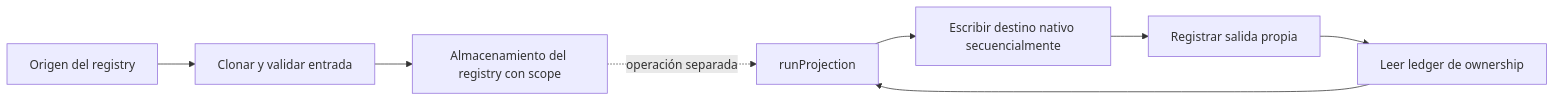
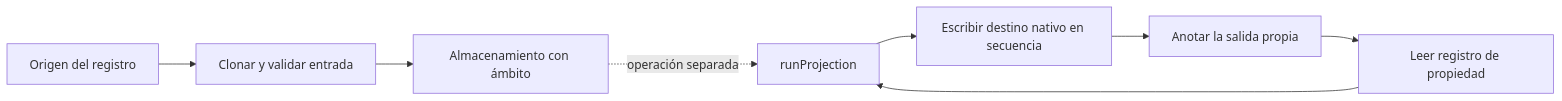
The second of 2 diagrams in docs-site/i18n/es/docusaurus-plugin-content-docs/current/explanation/architecture.md (SKANL/brambo), drawn with Mermaid before and after one commit. The commit also changed other lines of this file and 15 other files, not shown here.

````diff
--- a/docs-site/i18n/es/docusaurus-plugin-content-docs/current/explanation/architecture.md
+++ b/docs-site/i18n/es/docusaurus-plugin-content-docs/current/explanation/architecture.md
@@ -76,12 +75,12 @@
 ```mermaid
 flowchart LR
-  accTitle: Ingesta del registry y proyección
-  accDescr: Un origen del registry aporta una entrada clonada y validada al almacenamiento con scope. Una operación de proyección separada lee esa entrada y el ledger de ownership, escribe un destino nativo y registra el resultado propio en el ledger.
-  Origin[Origen del registry] --> Validate[Clonar y validar entrada]
-  Validate --> Scope[Almacenamiento del registry con scope]
+  accTitle: Ingesta y proyección del registro
+  accDescr: Un origen del registro aporta una entrada clonada y validada al almacenamiento con ámbito. Una operación de proyección separada lee esa entrada y el registro de propiedad, escribe un destino nativo y anota el resultado propio en el registro.
+  Origin[Origen del registro] --> Validate[Clonar y validar entrada]
+  Validate --> Scope[Almacenamiento con ámbito]
   Scope -. operación separada .-> Project[runProjection]
-  Ledger[Leer ledger de ownership] --> Project
-  Project --> Target[Escribir destino nativo secuencialmente]
-  Target --> Update[Registrar salida propia]
+  Ledger[Leer registro de propiedad] --> Project
+  Project --> Target[Escribir destino nativo en secuencia]
+  Target --> Update[Anotar la salida propia]
   Update --> Ledger
 ```
````
